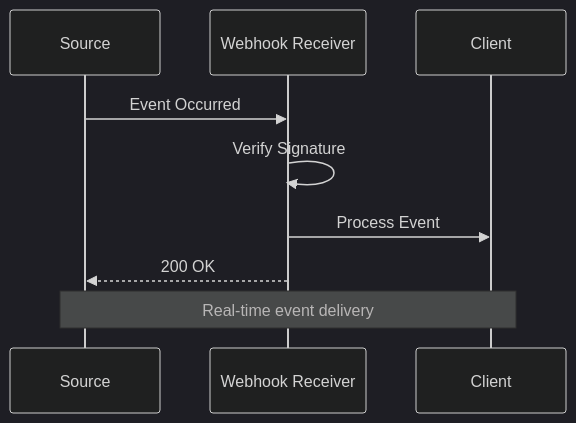
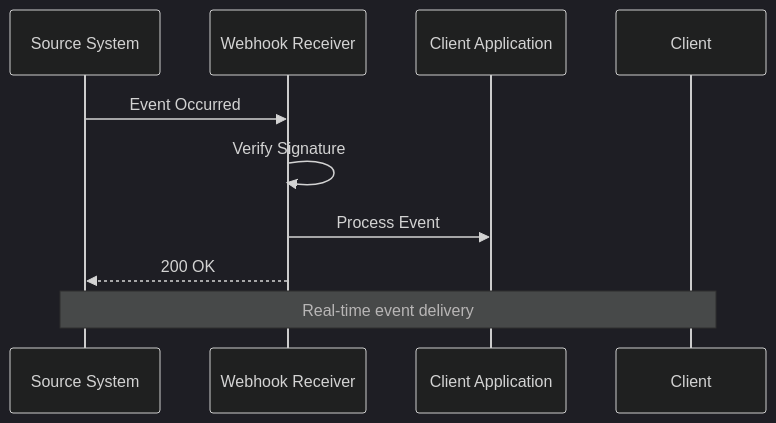
One commit to 17kaushalsingh/Roadmap-Learning changed the sixth of 9 diagrams in API Design/09_API_Integration_Patterns.md. Above: the diagram before and after it, drawn with Mermaid (dark theme). The commit also changed other lines of this file, not shown here.

````diff
--- a/API Design/09_API_Integration_Patterns.md
+++ b/API Design/09_API_Integration_Patterns.md
@@ -1523,13 +354,13 @@
 ```mermaid
 sequenceDiagram
-    participant Source
+    participant Source System
     participant Webhook Receiver
-    participant Client
+    participant Client Application
 
-    Source->>Webhook Receiver: Event Occurred
+    Source System->>Webhook Receiver: Event Occurred
     Webhook Receiver->>Webhook Receiver: Verify Signature
-    Webhook Receiver->>Client: Process Event
-    Webhook Receiver-->>Source: 200 OK
+    Webhook Receiver->>Client Application: Process Event
+    Webhook Receiver-->>Source System: 200 OK
 
-    Note over Source,Client: Real-time event delivery
+    Note over Source System,Client: Real-time event delivery
 ```
````
